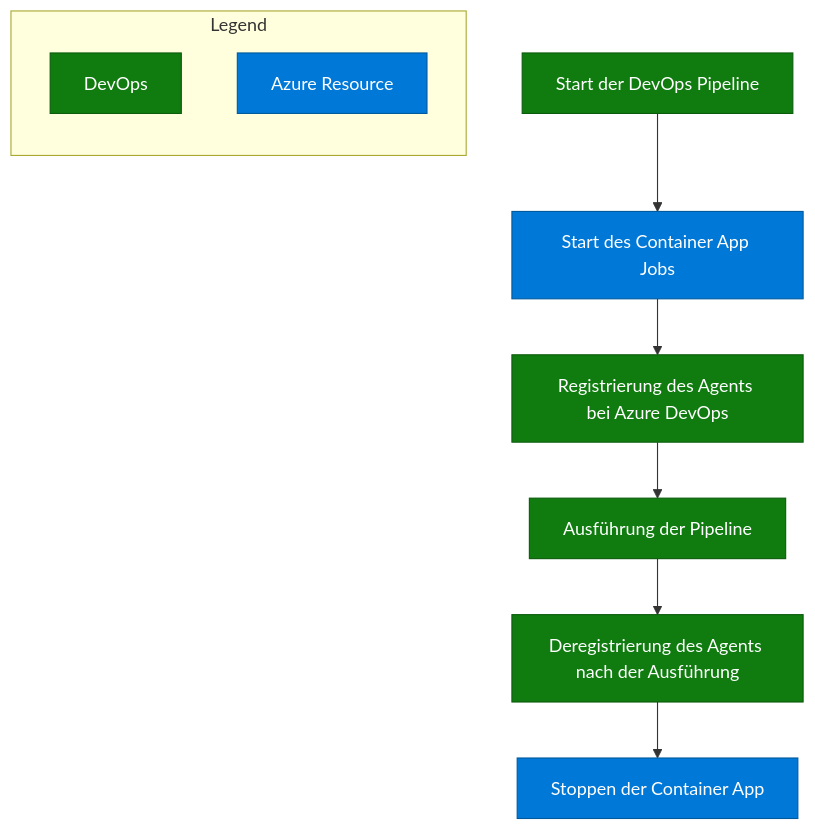
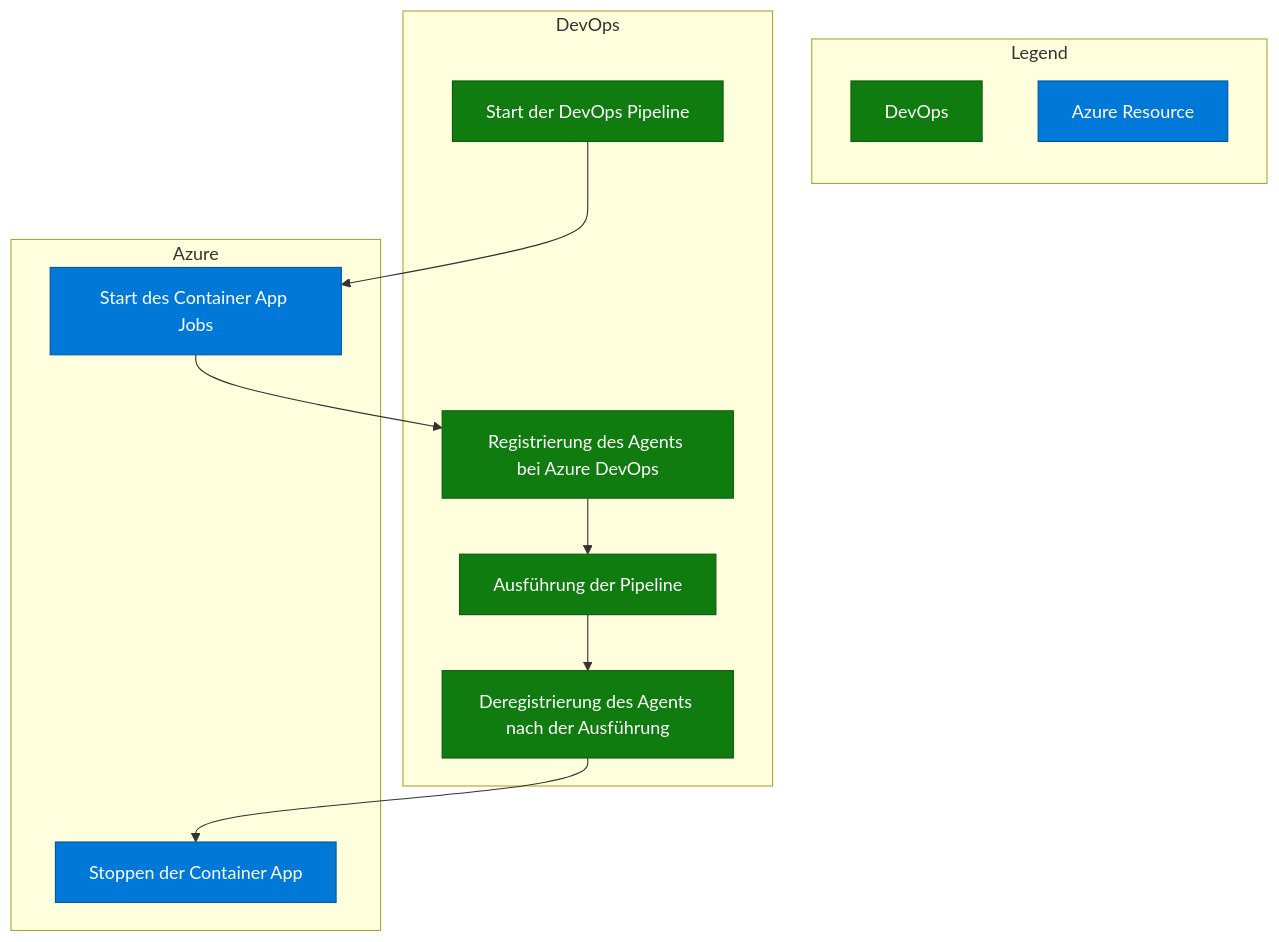
Before and after one commit to zyeiy2/Content_Dokumentation: the second of 2 diagrams in docs/Module/Selbstgehostete CI CD Agents/Azure Resources.md, drawn with Mermaid. The commit also changed other lines of this file and 4 other files, not shown here.

````diff
--- a/docs/Module/Selbstgehostete CI CD Agents/Azure Resources.md
+++ b/docs/Module/Selbstgehostete CI CD Agents/Azure Resources.md
@@ -68,25 +69,40 @@
 ```mermaid
 graph TD
   %% Legend 
   subgraph Legend
     direction TB
     L1[DevOps]
     L2[Azure Resource]
     style L1 fill:#107C10,stroke:#0B5C0B,color:#ffffff
     style L2 fill:#0078D7,stroke:#005A9E,color:#ffffff
   end
 
+  %% DevOps 
+  subgraph DevOps 
+  A[Start der DevOps Pipeline]
+  C[Registrierung des Agents bei Azure DevOps]
+  D[Ausführung der Pipeline]
+  E[Deregistrierung des Agents nach der Ausführung]
+  style A fill:#107C10,stroke:#0B5C0B,color:#ffffff
+  style C fill:#107C10,stroke:#0B5C0B,color:#ffffff
+  style D fill:#107C10,stroke:#0B5C0B,color:#ffffff
+  style E fill:#107C10,stroke:#0B5C0B,color:#ffffff
+  end
+
+  %% Azure Resources
+  subgraph Azure
+  B[Start des Container App Jobs]  
+  F[Stoppen der Container App]  
+  style B fill:#0078D7,stroke:#005A9E,color:#ffffff
+  style F fill:#0078D7,stroke:#005A9E,color:#ffffff
+  end
+  
+  %% Flow
   A[Start der DevOps Pipeline] --> B[Start des Container App Jobs]
   B --> C[Registrierung des Agents bei Azure DevOps]
   C --> D[Ausführung der Pipeline]
   D --> E[Deregistrierung des Agents nach der Ausführung]
   E --> F[Stoppen der Container App]
 
-  %% Step Styles
-  style A fill:#107C10,stroke:#0B5C0B,color:#ffffff
-  style B fill:#0078D7,stroke:#005A9E,color:#ffffff
-  style C fill:#107C10,stroke:#0B5C0B,color:#ffffff
-  style D fill:#107C10,stroke:#0B5C0B,color:#ffffff
-  style E fill:#107C10,stroke:#0B5C0B,color:#ffffff
-  style F fill:#0078D7,stroke:#005A9E,color:#ffffff
+
 ```
````
